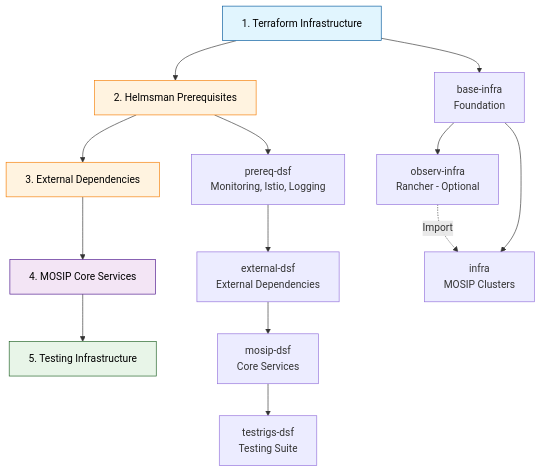
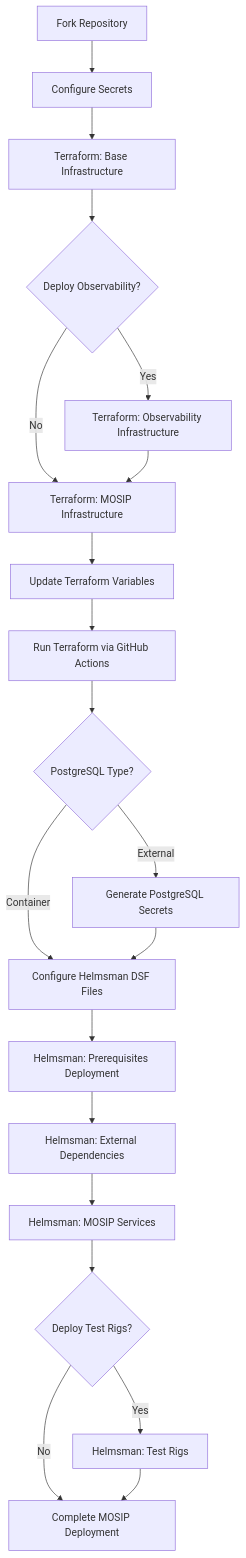
One commit to mosip/infra changed the diagram in README.md. Above: the diagram before and after it, drawn with Mermaid. The commit also changed other lines of this file and 1 other file, not shown here.

Commit message:
[MOSIP-42519]updated documentation

````diff
--- a/README.md
+++ b/README.md
@@ -87,24 +11,22 @@
 ```mermaid
 graph TD
-    A[1. Terraform Infrastructure] --> B[2. Helmsman Prerequisites]
-    B --> C[3. External Dependencies]
-    C --> D[4. MOSIP Core Services]
-    D --> E[5. Testing Infrastructure]
-    
-    A1[base-infra<br/>Foundation] --> A2[observ-infra<br/>Rancher - Optional]
-    A1 --> A3[infra<br/>MOSIP Clusters]
-    A2 -.->|Import| A3
-    
-    B1[prereq-dsf<br/>Monitoring, Istio, Logging] --> C1[external-dsf<br/>External Dependencies]
-    C1 --> D1[mosip-dsf<br/>Core Services]
-    D1 --> E1[testrigs-dsf<br/>Testing Suite]
-    
-    A --> A1
-    B --> B1
-    
-    style A fill:#e1f5fe,stroke:#01579b,color:#000000
-    style B fill:#fff3e0,stroke:#f57c00,color:#000000
-    style C fill:#fff3e0,stroke:#f57c00,color:#000000
-    style D fill:#f3e5f5,stroke:#4a148c,color:#000000
-    style E fill:#e8f5e8,stroke:#1b5e20,color:#000000
+    A[Fork Repository] --> B[Configure Secrets]
+    B --> C[Terraform: Base Infrastructure]
+    C --> D{Deploy Observability?}
+    D -->|Yes| E[Terraform: Observability Infrastructure]
+    D -->|No| F[Terraform: MOSIP Infrastructure]
+    E --> F[Terraform: MOSIP Infrastructure]
+    F --> G[Update Terraform Variables]
+    G --> H[Run Terraform via GitHub Actions]
+    H --> I{PostgreSQL Type?}
+    I -->|External| J[Generate PostgreSQL Secrets]
+    I -->|Container| K[Configure Helmsman DSF Files]
+    J --> K[Configure Helmsman DSF Files]
+    K --> L[Helmsman: Prerequisites Deployment]
+    L --> M[Helmsman: External Dependencies]
+    M --> N[Helmsman: MOSIP Services]
+    N --> O{Deploy Test Rigs?}
+    O -->|Yes| P[Helmsman: Test Rigs]
+    O -->|No| Q[Complete MOSIP Deployment]
+    P --> Q[Complete MOSIP Deployment]
 ```
````
